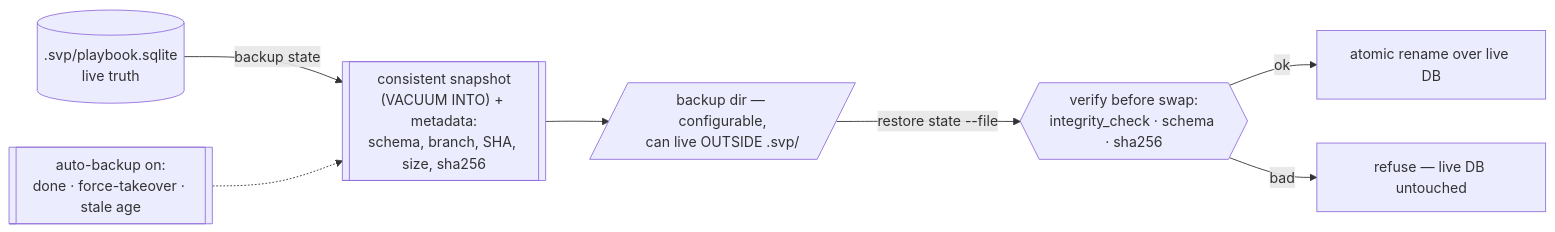
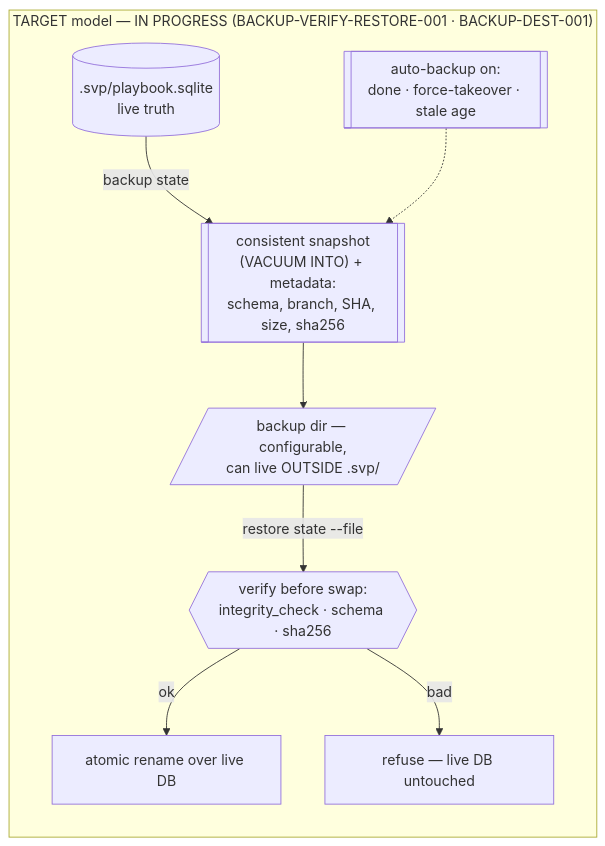
One commit to santiv343/sv-playbook changed the tenth of 13 diagrams in docs/how-it-works.md. Above: the diagram before and after it, drawn with Mermaid. The commit also changed other lines of this file, not shown here.

First line of the commit message:
docs: fix §10 merge actor (reviewer) + §11 honest current-vs-target backups

````diff
--- a/docs/how-it-works.md
+++ b/docs/how-it-works.md
@@ -311,10 +313,12 @@
 ```mermaid
 flowchart LR
+    subgraph TARGET["TARGET model — IN PROGRESS (BACKUP-VERIFY-RESTORE-001 · BACKUP-DEST-001)"]
     db[(.svp/playbook.sqlite<br/>live truth)]
     db -->|backup state| snap[["consistent snapshot<br/>(VACUUM INTO) + metadata:<br/>schema, branch, SHA, size, sha256"]]
     snap --> dest[/"backup dir — configurable,<br/>can live OUTSIDE .svp/"/]
     dest -->|restore state --file| check{{"verify before swap:<br/>integrity_check · schema · sha256"}}
     check -->|ok| atomic[atomic rename over live DB]
     check -->|bad| refuse[refuse — live DB untouched]
     auto[["auto-backup on:<br/>done · force-takeover · stale age"]] -.-> snap
+    end
 ```
````
